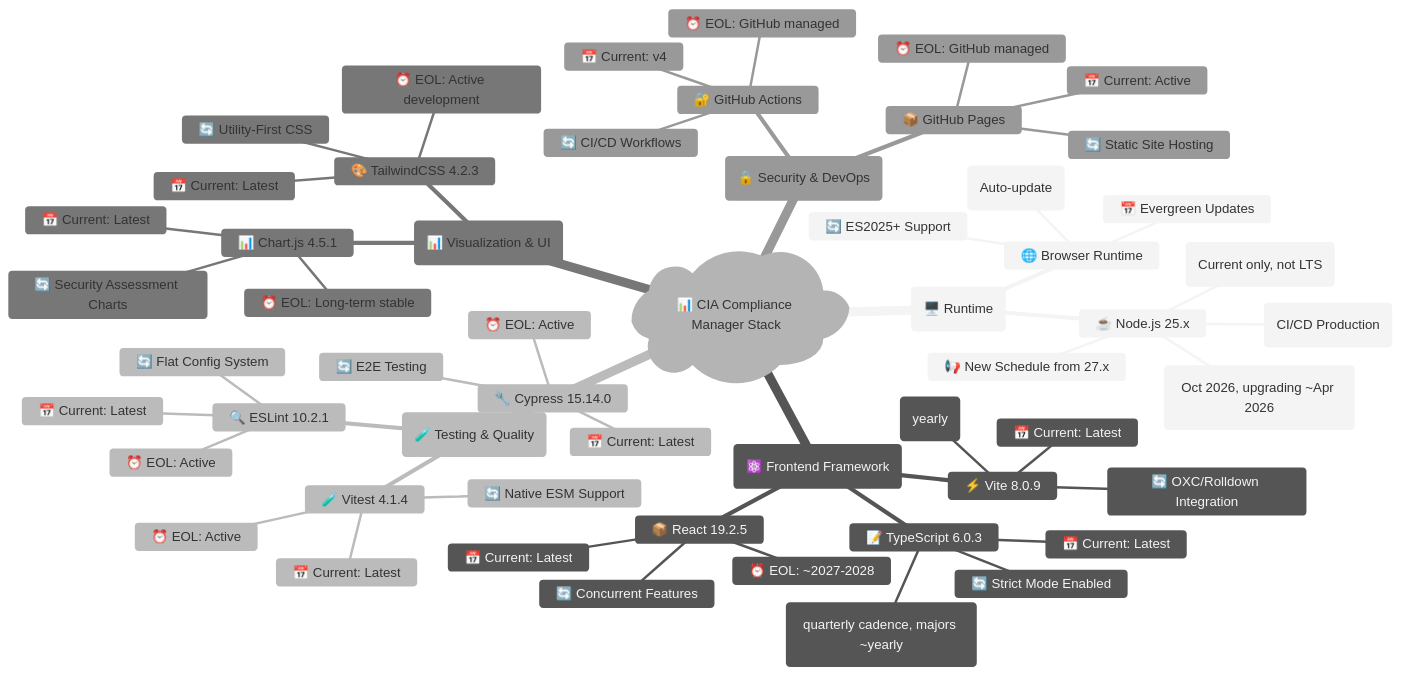
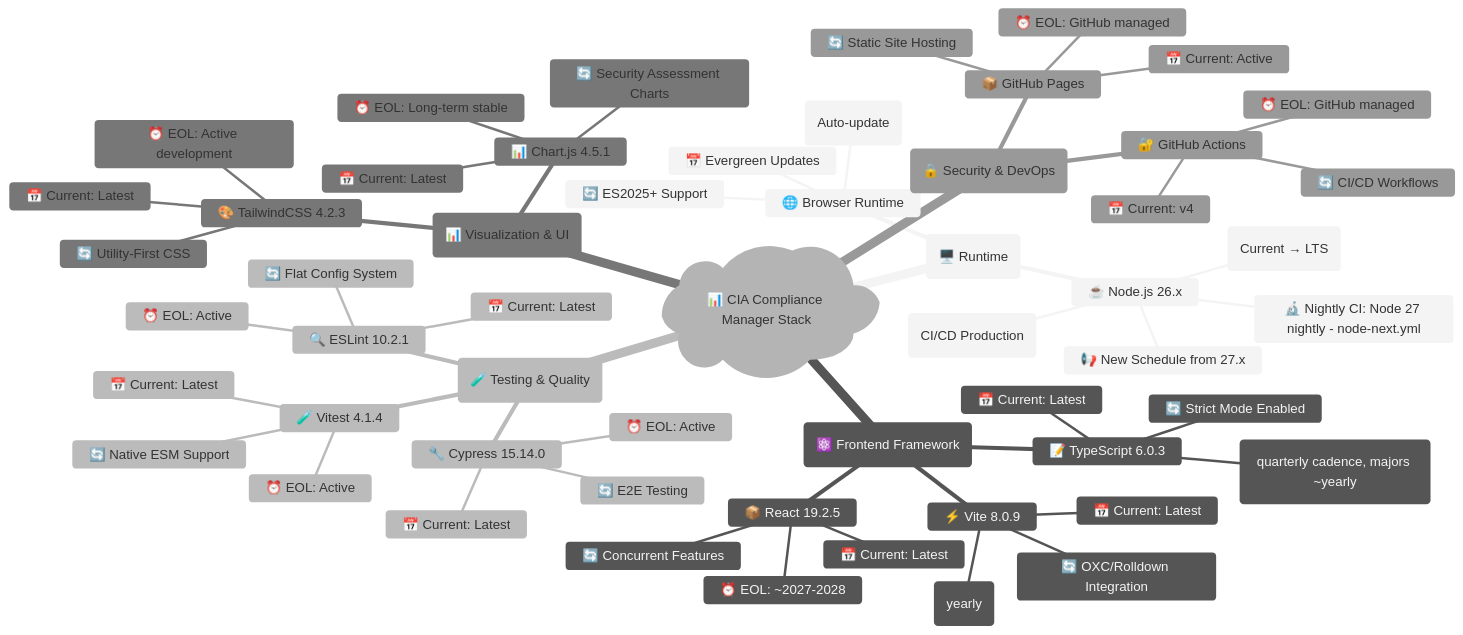
Before and after one commit to step-security-bot/cia-compliance-manager: the first of 9 diagrams in docs/End-of-Life-Strategy.md, drawn with Mermaid. The commit also changed other lines of this file and 15 other files, not shown here.

First line of the commit message:
chore: upgrade Node.js 25→26, add Node 27 nightly CI workflow (#1171)

````diff
--- a/docs/End-of-Life-Strategy.md
+++ b/docs/End-of-Life-Strategy.md
@@ -51,59 +51,59 @@
 ```mermaid
 %%{init: {"theme": "neutral"}}%%
 mindmap
   root)📊 CIA Compliance Manager Stack(
     (🖥️ Runtime)
-      ☕ Node.js 25.x
-        📅 Current: 25.x (CI/CD Production)
-        ⏰ Node 25 EOL: Apr 2026 (Current only, not LTS)
-        🔄 Next LTS: Node 26 (Oct 2026, upgrading ~Apr 2026)
+      ☕ Node.js 26.x
+        📅 Current: 26.x (CI/CD Production)
+        ⏰ Node 26 LTS: Oct 2026 (Current → LTS)
+        🔬 Nightly CI: Node 27 nightly - node-next.yml
         📢 New Schedule from 27.x
       🌐 Browser Runtime
         📅 Evergreen Updates
         ⏰ EOL: N/A (Auto-update)
         🔄 ES2025+ Support
     (⚛️ Frontend Framework)
       📦 React 19.2.5
         📅 Current: Latest
         ⏰ EOL: ~2027-2028
         🔄 Concurrent Features
       📝 TypeScript 6.0.3
         📅 Current: Latest
         ⏰ EOL: Active (quarterly cadence, majors ~yearly)
         🔄 Strict Mode Enabled
       ⚡ Vite 8.0.9
         📅 Current: Latest
         ⏰ EOL: Active (yearly)
         🔄 OXC/Rolldown Integration
     (🧪 Testing & Quality)
       🧪 Vitest 4.1.4
         📅 Current: Latest
         ⏰ EOL: Active
         🔄 Native ESM Support
       🔧 Cypress 15.14.0
         📅 Current: Latest
         ⏰ EOL: Active
         🔄 E2E Testing
       🔍 ESLint 10.2.1
         📅 Current: Latest
         ⏰ EOL: Active
         🔄 Flat Config System
     (📊 Visualization & UI)
       📊 Chart.js 4.5.1
         📅 Current: Latest
         ⏰ EOL: Long-term stable
         🔄 Security Assessment Charts
       🎨 TailwindCSS 4.2.3
         📅 Current: Latest
         ⏰ EOL: Active development
         🔄 Utility-First CSS
     (🔒 Security & DevOps)
       🔐 GitHub Actions
         📅 Current: v4
         ⏰ EOL: GitHub managed
         🔄 CI/CD Workflows
       📦 GitHub Pages
         📅 Current: Active
         ⏰ EOL: GitHub managed
         🔄 Static Site Hosting
 ```
````
